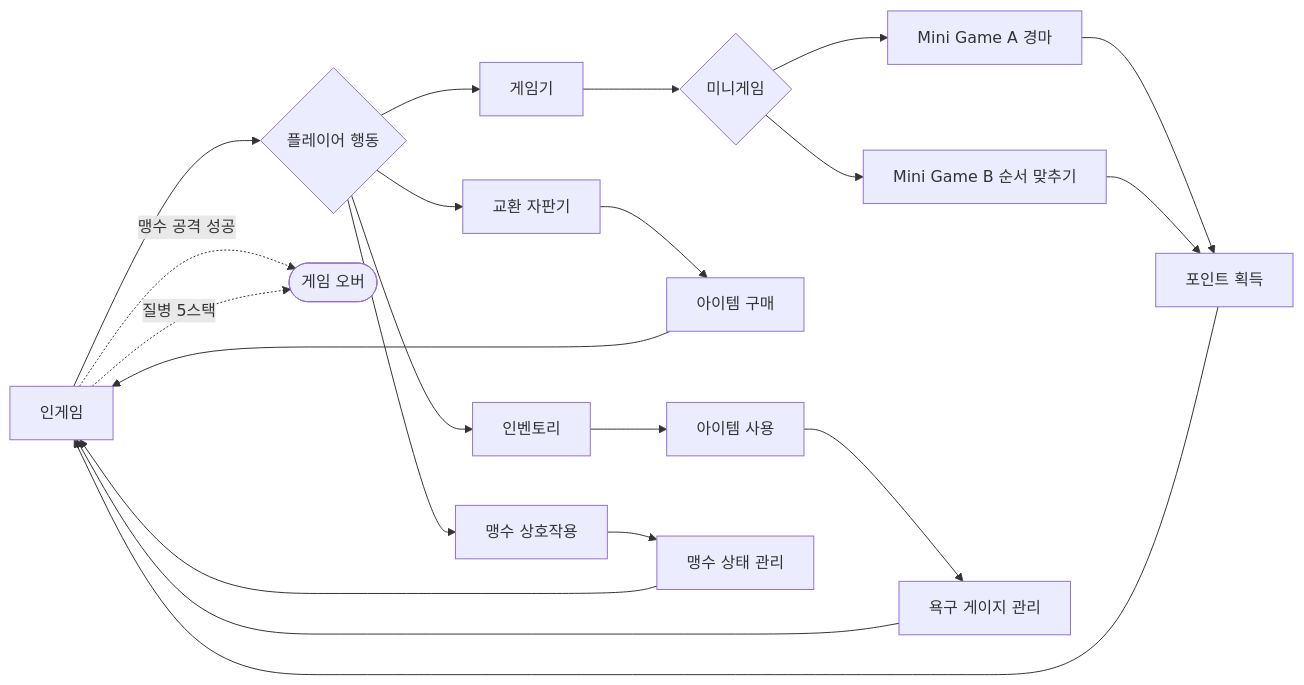
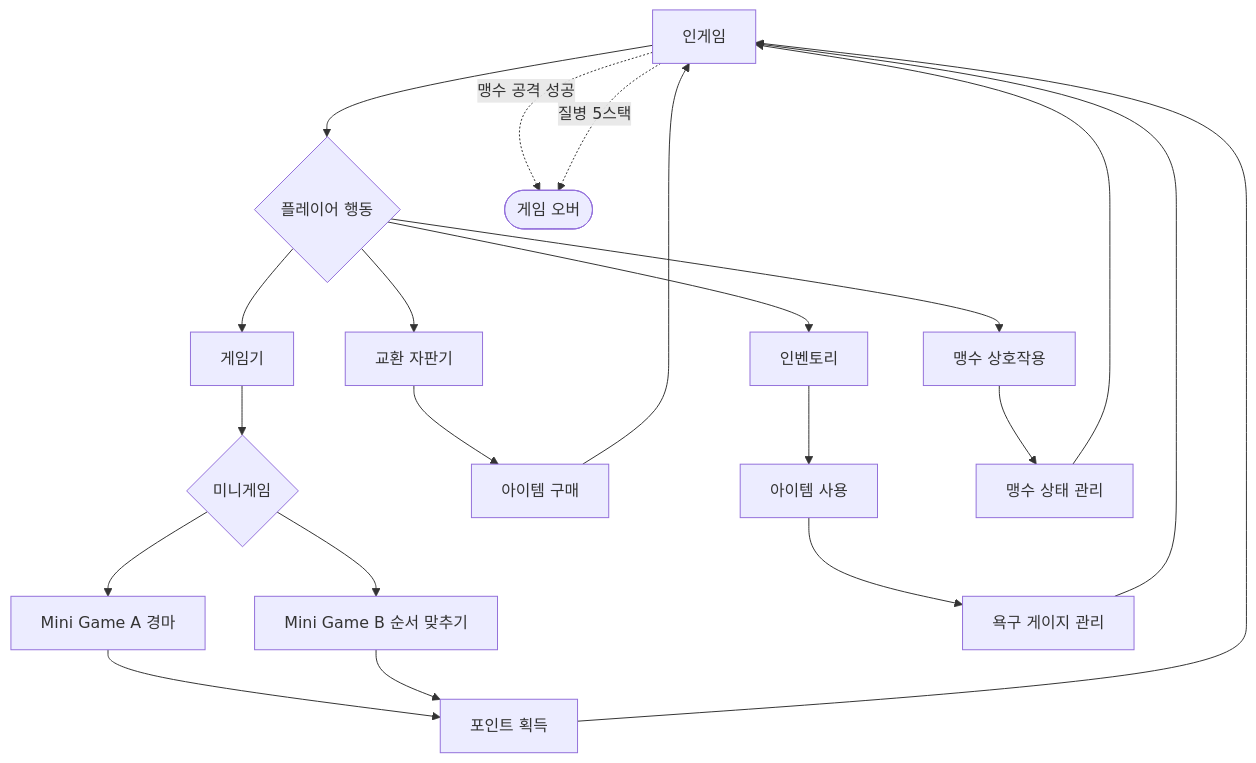
Before and after one commit to BaekShyoun/portfolio-test: the first of 3 diagrams in src/Observed/기술문서.md, drawn with Mermaid. The commit also changed other lines of this file and 22 other files, not shown here.

````diff
--- a/src/Observed/기술문서.md
+++ b/src/Observed/기술문서.md
@@ -72,13 +32,13 @@
 ```mermaid
-flowchart LR
+flowchart TD
     D[인게임] --> E{플레이어 행동}
     E --> F[게임기] --> J{미니게임}
     J --> JA[Mini Game A 경마] --> K[포인트 획득]
     J --> JB[Mini Game B 순서 맞추기] --> K
     K --> D
     E --> G[교환 자판기] --> L[아이템 구매] --> D
     E --> H[인벤토리] --> M[아이템 사용] --> N[욕구 게이지 관리] --> D
     E --> I[맹수 상호작용] --> O[맹수 상태 관리] --> D
     D -. "맹수 공격 성공" .-> P([게임 오버])
     D -. "질병 5스택" .-> P
 ```
````
